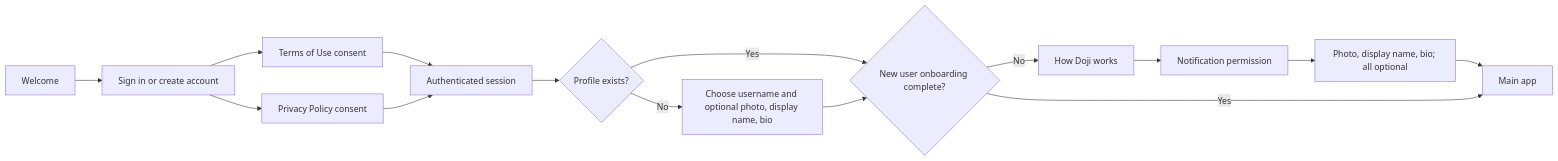
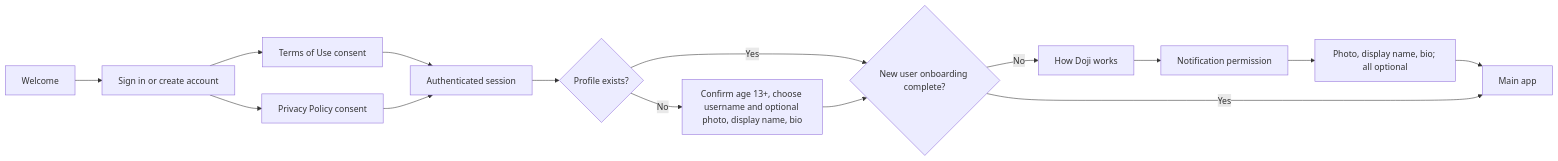
Before and after one commit to faheygs/doji: the first of 4 diagrams in DOJI_CONTEXT.md, drawn with Mermaid. The commit also changed other lines of this file and 138 other files, not shown here.

````diff
--- a/DOJI_CONTEXT.md
+++ b/DOJI_CONTEXT.md
@@ -68,17 +69,17 @@
 ```mermaid
 flowchart LR
   A[Welcome] --> B[Sign in or create account]
   B --> C[Terms of Use consent]
   B --> D[Privacy Policy consent]
   C --> E[Authenticated session]
   D --> E
   E --> F{Profile exists?}
-  F -- No --> G[Choose username and optional photo, display name, bio]
+  F -- No --> G[Confirm age 13+, choose username and optional photo, display name, bio]
   F -- Yes --> H{New user onboarding complete?}
   G --> H
   H -- No --> I[How Doji works]
   I --> J[Notification permission]
   J --> K[Photo, display name, bio; all optional]
   K --> L[Main app]
   H -- Yes --> L
 ```
````
